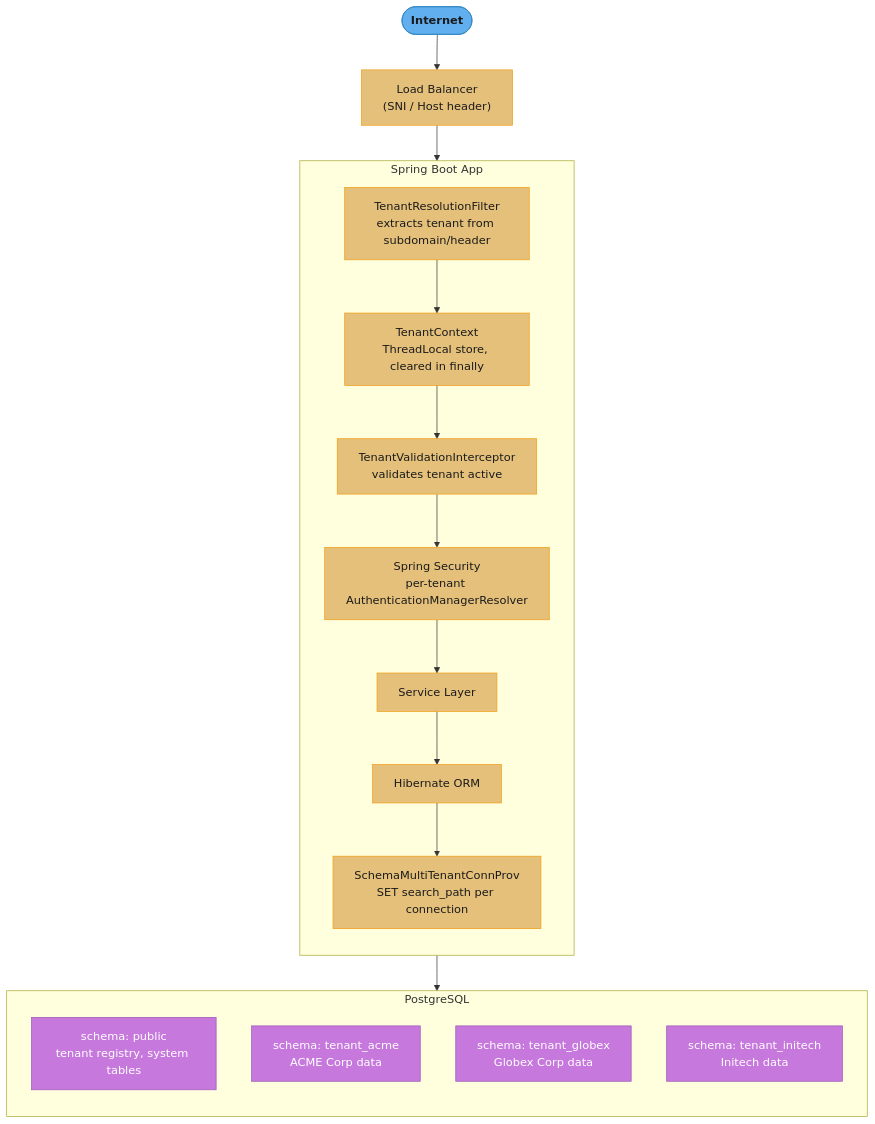
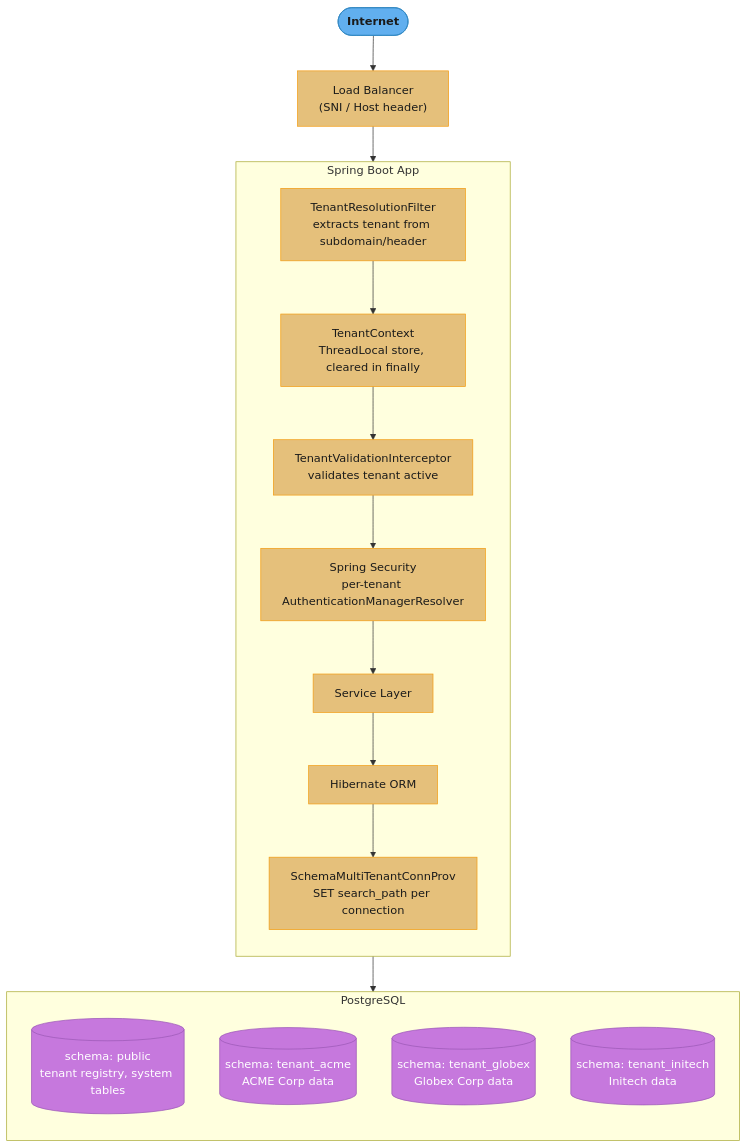
One commit to rppol/system-design changed the first of 2 diagrams in src/main/java/com/rutik/systemdesign/spring/case_studies/design_multitenant_api.md. Above: the diagram before and after it, drawn with Mermaid. The commit also changed other lines of this file, not shown here.

Commit message:
chore(diagrams): product logos + ascii sweep in case_studies/design_multitenant_api.md

````diff
--- a/src/main/java/com/rutik/systemdesign/spring/case_studies/design_multitenant_api.md
+++ b/src/main/java/com/rutik/systemdesign/spring/case_studies/design_multitenant_api.md
@@ -96,37 +96,37 @@
 ```mermaid
 flowchart TD
     classDef io      fill:#61afef,stroke:#2e86c1,color:#1a1a1a,font-weight:bold
     classDef frozen  fill:#c678dd,stroke:#9b59b6,color:#fff
     classDef train   fill:#98c379,stroke:#27ae60,color:#1a1a1a
     classDef mathOp  fill:#d19a66,stroke:#e67e22,color:#1a1a1a,font-weight:bold
     classDef lossN   fill:#e06c75,stroke:#c0392b,color:#fff,font-weight:bold
     classDef req     fill:#56b6c2,stroke:#0097a7,color:#1a1a1a
     classDef base    fill:#e5c07b,stroke:#f39c12,color:#1a1a1a
 
     INTERNET([Internet]) --> LB["Load Balancer\n(SNI / Host header)"]
     LB --> TRF
 
     subgraph APP["Spring Boot App"]
         direction TD
         TRF["TenantResolutionFilter\nextracts tenant from subdomain/header"] --> TC["TenantContext\nThreadLocal store, cleared in finally"]
         TC --> TVI["TenantValidationInterceptor\nvalidates tenant active"]
         TVI --> SEC["Spring Security\nper-tenant AuthenticationManagerResolver"]
         SEC --> SVC["Service Layer"]
         SVC --> ORM["Hibernate ORM"]
         ORM --> SCP["SchemaMultiTenantConnProv\nSET search_path per connection"]
     end
 
     SCP --> PUB
 
     subgraph PG["PostgreSQL"]
         direction TD
-        PUB["schema: public\ntenant registry, system tables"]
-        ACME["schema: tenant_acme\nACME Corp data"]
-        GLOBEX["schema: tenant_globex\nGlobex Corp data"]
-        INITECH["schema: tenant_initech\nInitech data"]
+        PUB[("schema: public\ntenant registry, system tables")]
+        ACME[("schema: tenant_acme\nACME Corp data")]
+        GLOBEX[("schema: tenant_globex\nGlobex Corp data")]
+        INITECH[("schema: tenant_initech\nInitech data")]
     end
 
     class INTERNET io
     class LB,TRF,TC,TVI,SEC,SVC,ORM,SCP base
     class PUB,ACME,GLOBEX,INITECH frozen
 ```
````
